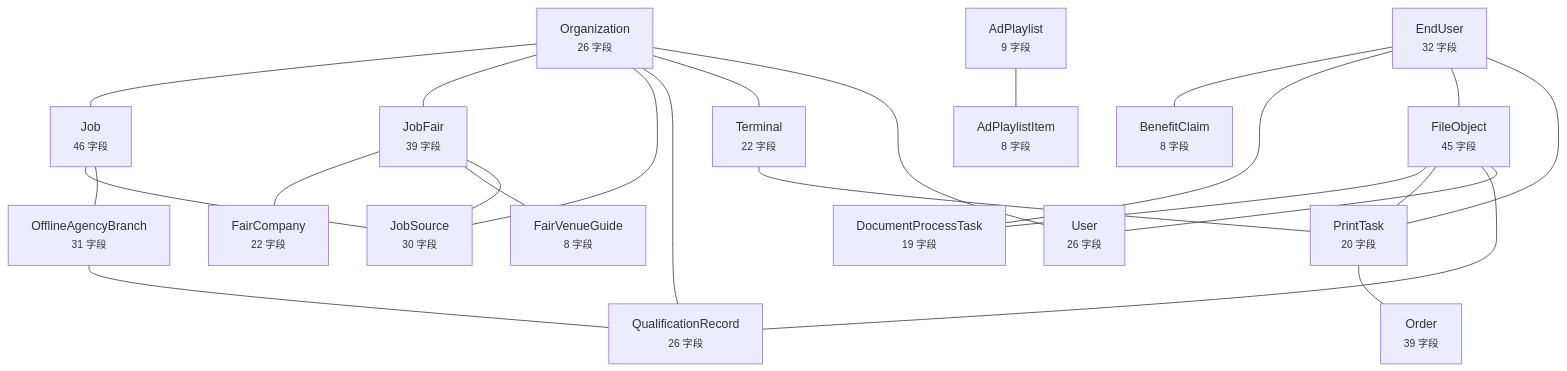
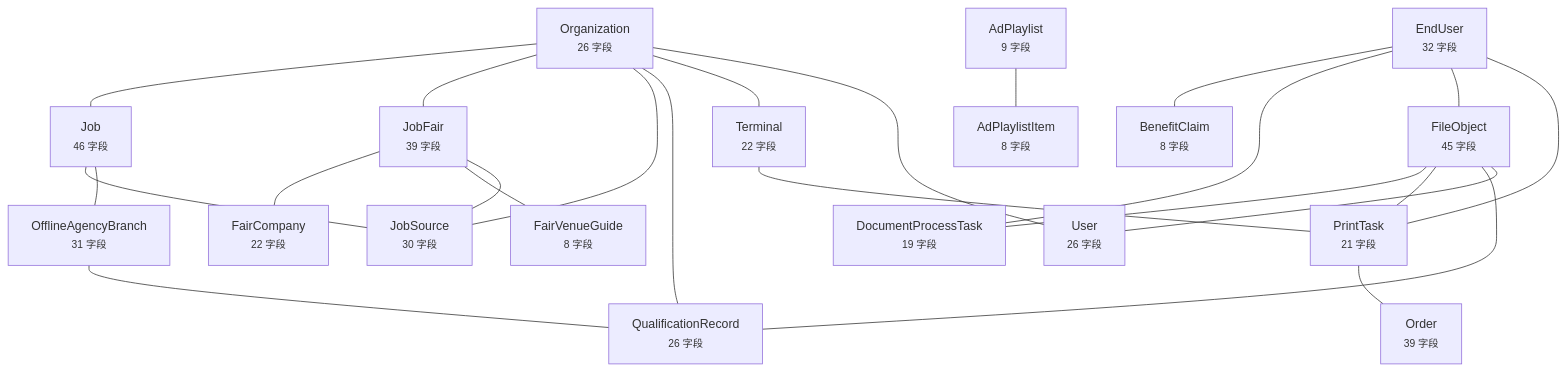
Before and after one commit to wanglei581/YITIJI: the diagram in docs/graph/data-model.md, drawn with Mermaid. The commit also changed other lines of this file and 38 other files, not shown here.

````diff
--- a/docs/graph/data-model.md
+++ b/docs/graph/data-model.md
@@ -10,44 +10,44 @@
 ```mermaid
 flowchart TD
   EndUser["EndUser<br/><small>32 字段</small>"]
   Organization["Organization<br/><small>26 字段</small>"]
   Terminal["Terminal<br/><small>22 字段</small>"]
   FileObject["FileObject<br/><small>45 字段</small>"]
   Job["Job<br/><small>46 字段</small>"]
   JobFair["JobFair<br/><small>39 字段</small>"]
   JobSource["JobSource<br/><small>30 字段</small>"]
   User["User<br/><small>26 字段</small>"]
-  PrintTask["PrintTask<br/><small>20 字段</small>"]
+  PrintTask["PrintTask<br/><small>21 字段</small>"]
   BenefitClaim["BenefitClaim<br/><small>8 字段</small>"]
   DocumentProcessTask["DocumentProcessTask<br/><small>19 字段</small>"]
   FairCompany["FairCompany<br/><small>22 字段</small>"]
   FairVenueGuide["FairVenueGuide<br/><small>8 字段</small>"]
   OfflineAgencyBranch["OfflineAgencyBranch<br/><small>31 字段</small>"]
   Order["Order<br/><small>39 字段</small>"]
   QualificationRecord["QualificationRecord<br/><small>26 字段</small>"]
   AdPlaylist["AdPlaylist<br/><small>9 字段</small>"]
   AdPlaylistItem["AdPlaylistItem<br/><small>8 字段</small>"]
   EndUser --- BenefitClaim
   EndUser --- DocumentProcessTask
   EndUser --- FileObject
   EndUser --- PrintTask
   Organization --- Job
   Organization --- JobFair
   Organization --- JobSource
   Organization --- QualificationRecord
   Organization --- Terminal
   Organization --- User
   Terminal --- PrintTask
   FileObject --- DocumentProcessTask
   FileObject --- PrintTask
   FileObject --- QualificationRecord
   FileObject --- User
   Job --- JobSource
   Job --- OfflineAgencyBranch
   JobFair --- FairCompany
   JobFair --- FairVenueGuide
   JobFair --- JobSource
   PrintTask --- Order
   OfflineAgencyBranch --- QualificationRecord
   AdPlaylist --- AdPlaylistItem
 ```
````
